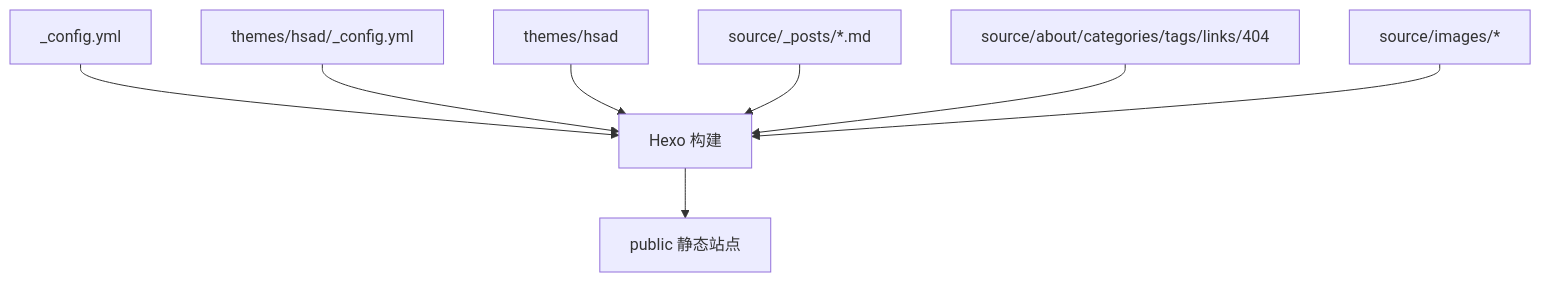
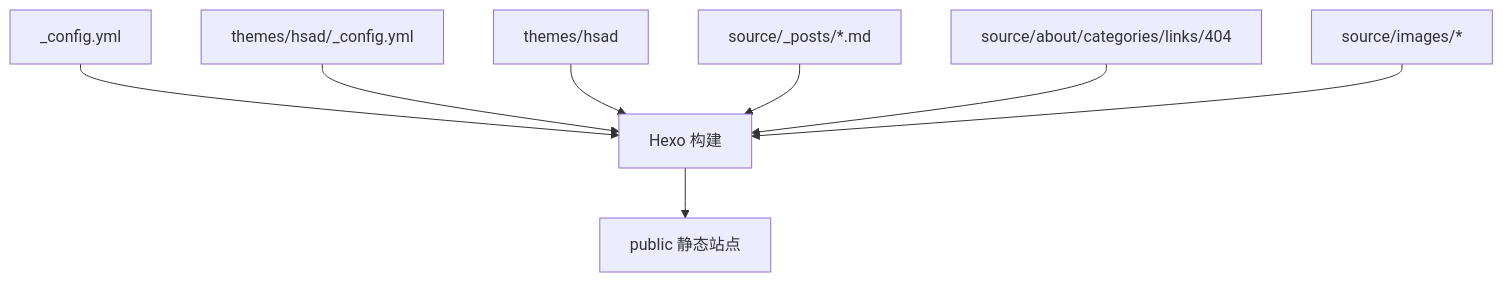
Before and after one commit to GladiusHuang/my_hexo_blog: the second of 2 diagrams in TECHNICAL_OVERVIEW.md, drawn with Mermaid. The commit also changed other lines of this file and 5 other files, not shown here.

````diff
--- a/TECHNICAL_OVERVIEW.md
+++ b/TECHNICAL_OVERVIEW.md
@@ -233,19 +231,19 @@
 ```mermaid
 flowchart TD
   Config["_config.yml"]
   ThemeConfig["themes/hsad/_config.yml"]
   Theme["themes/hsad"]
   Posts["source/_posts/*.md"]
-  Pages["source/about/categories/tags/links/404"]
+  Pages["source/about/categories/links/404"]
   SiteImages["source/images/*"]
   Hexo["Hexo 构建"]
   Public["public 静态站点"]
 
   Config --> Hexo
   ThemeConfig --> Hexo
   Theme --> Hexo
   Posts --> Hexo
   Pages --> Hexo
   SiteImages --> Hexo
   Hexo --> Public
 ```
````
